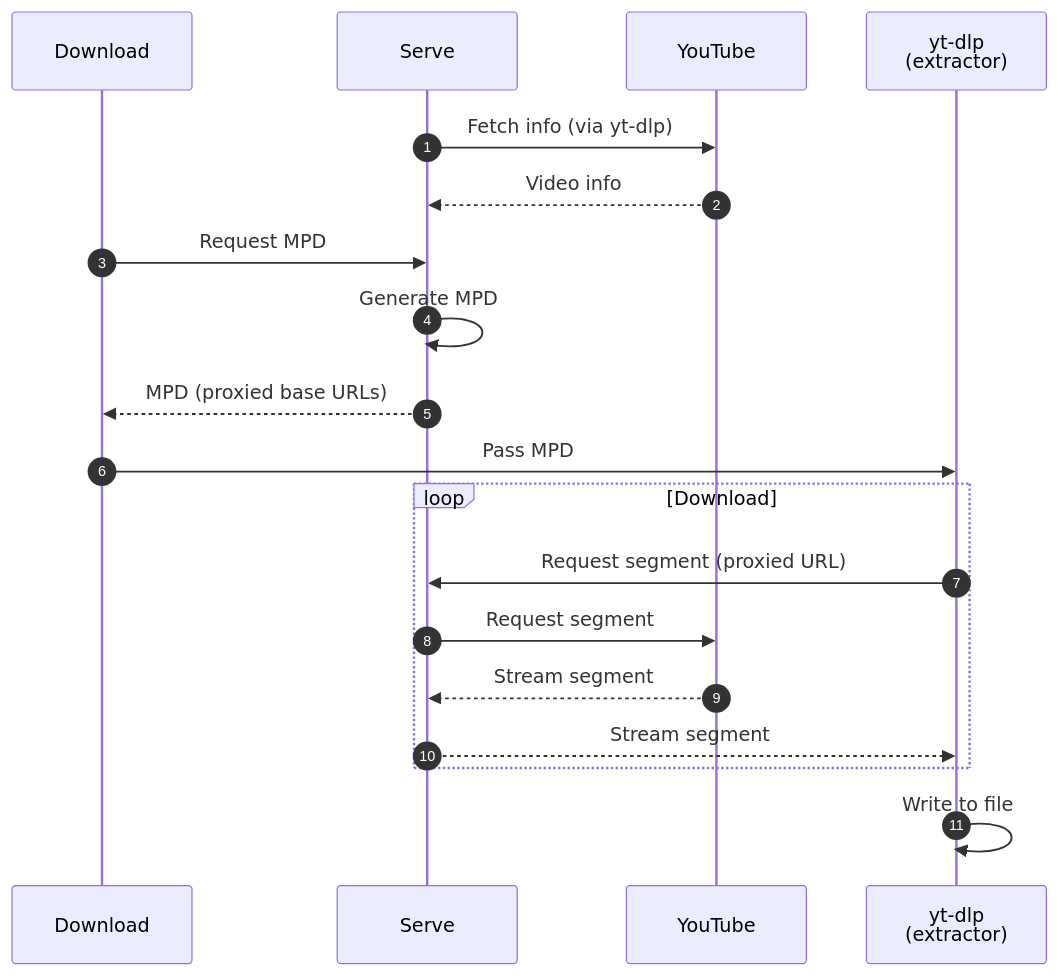
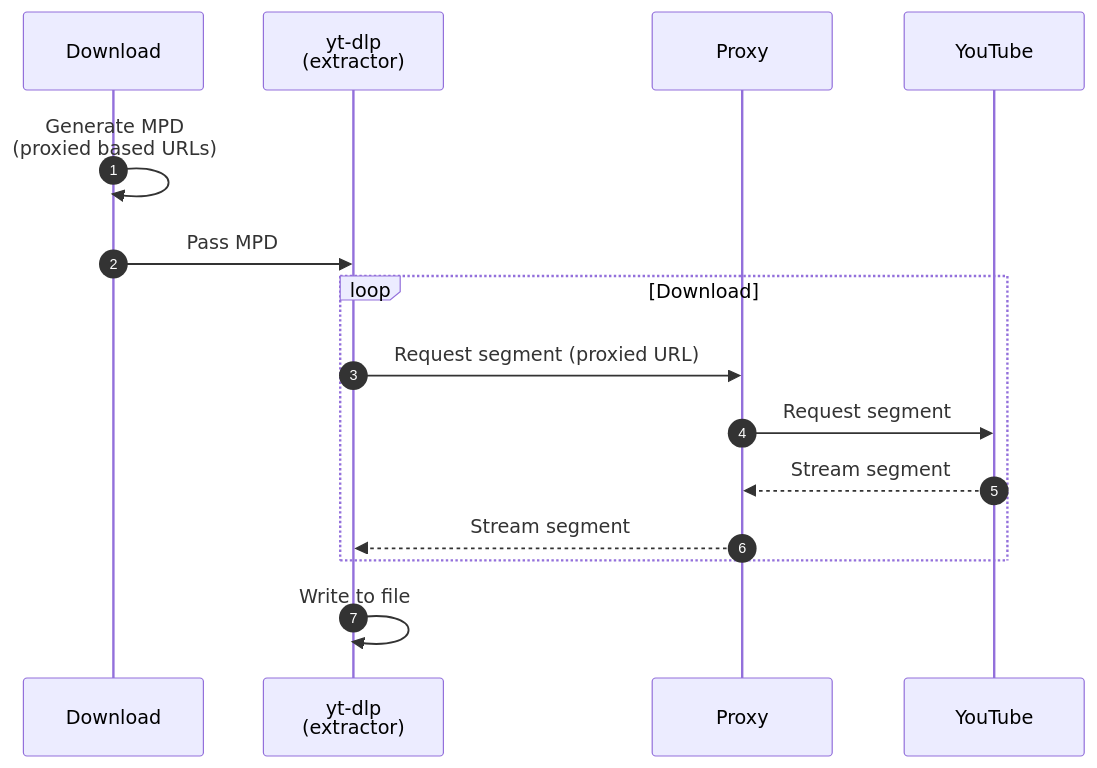
One commit to xymaxim/ypb changed the diagram in README.md. Above: the diagram before and after it, drawn with Mermaid. The commit also changed other lines of this file, not shown here.

````diff
--- a/README.md
+++ b/README.md
@@ -25,21 +25,17 @@
 ```mermaid
 sequenceDiagram
     autonumber
     participant D as Download
-    participant S as Serve
+    participant E as yt-dlp<br/>(extractor)
+    participant P as Proxy
     participant Y as YouTube
-    participant E as yt-dlp<br/>(extractor)
-    S->>Y: Fetch info (via yt-dlp)
-    Y-->>S: Video info
-    D->>S: Request MPD
-    S->>S: Generate MPD
-    S-->>D: MPD (proxied base URLs)
+    D->>D: Generate MPD<br/>(proxied based URLs)
     D->>E: Pass MPD
     loop Download
-        E->>S: Request segment (proxied URL)
-        S->>Y: Request segment
-        Y-->>S: Stream segment
-        S-->>E: Stream segment
+        E->>P: Request segment (proxied URL)
+        P->>Y: Request segment
+        Y-->>P: Stream segment
+        P-->>E: Stream segment
     end
     E->>E: Write to file
 ```
````
